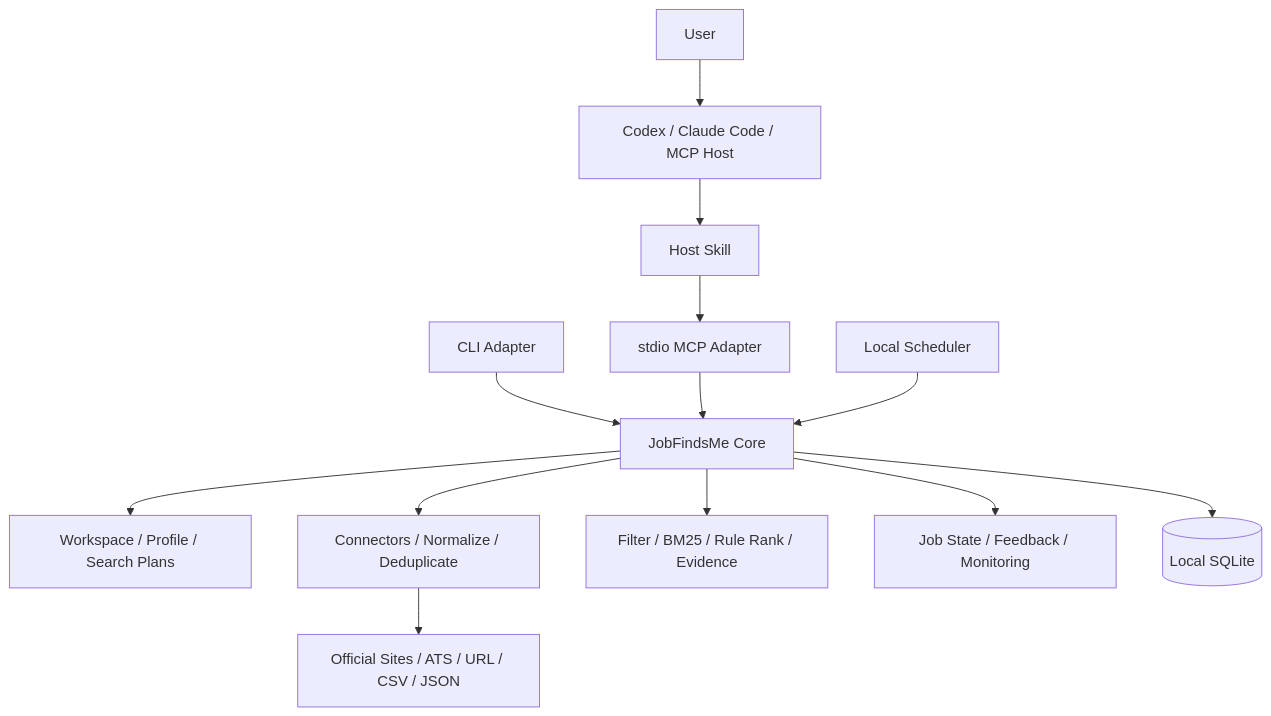
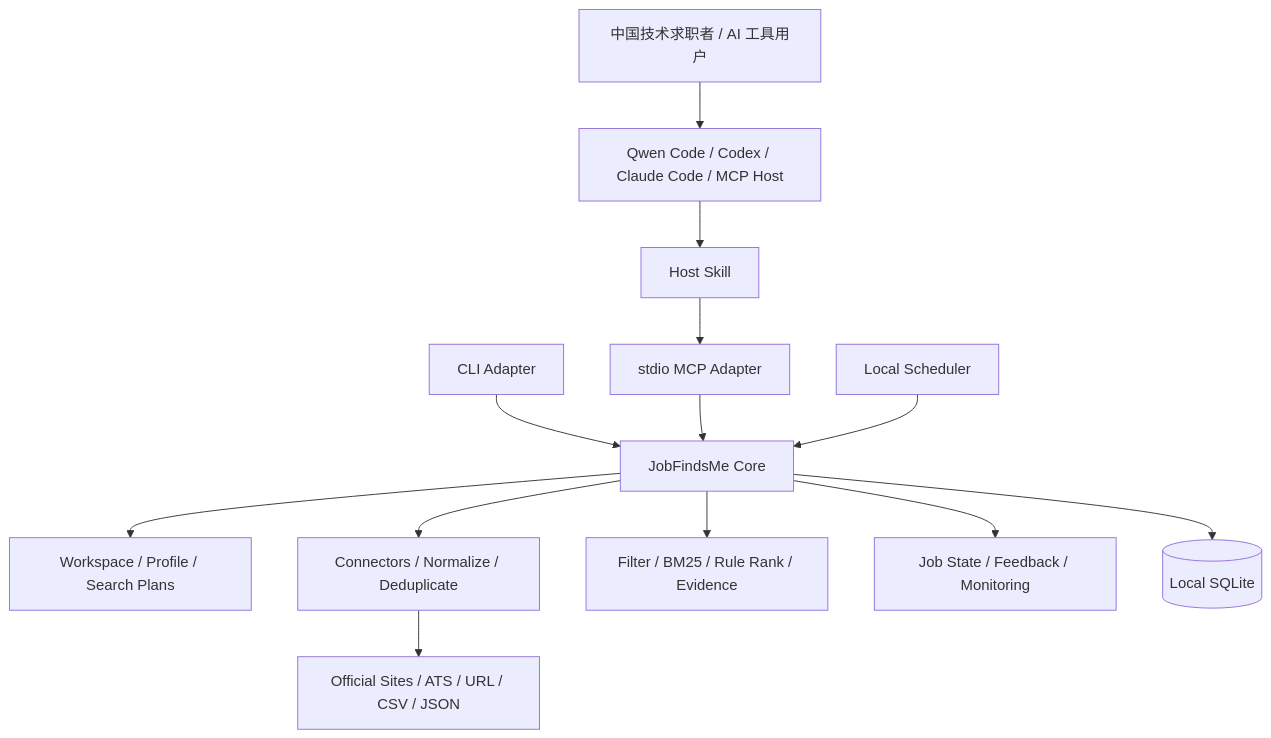
Before and after one commit to russeell/jobfindsme: the diagram in PROJECT_SPEC.md, drawn with Mermaid. The commit also changed other lines of this file and 2 other files, not shown here.

````diff
--- a/PROJECT_SPEC.md
+++ b/PROJECT_SPEC.md
@@ -79,18 +96,18 @@
 ```mermaid
 flowchart TB
-    U["User"] --> H["Codex / Claude Code / MCP Host"]
+    U["中国技术求职者 / AI 工具用户"] --> H["Qwen Code / Codex / Claude Code / MCP Host"]
     H --> S["Host Skill"]
     S --> MCP["stdio MCP Adapter"]
 
     CLI["CLI Adapter"] --> CORE["JobFindsMe Core"]
     MCP --> CORE
     SCHED["Local Scheduler"] --> CORE
 
     CORE --> PROFILE["Workspace / Profile / Search Plans"]
     CORE --> DISCOVERY["Connectors / Normalize / Deduplicate"]
     CORE --> MATCH["Filter / BM25 / Rule Rank / Evidence"]
     CORE --> STATE["Job State / Feedback / Monitoring"]
     CORE --> DB[("Local SQLite")]
 
     DISCOVERY --> SOURCES["Official Sites / ATS / URL / CSV / JSON"]
 ```
````
